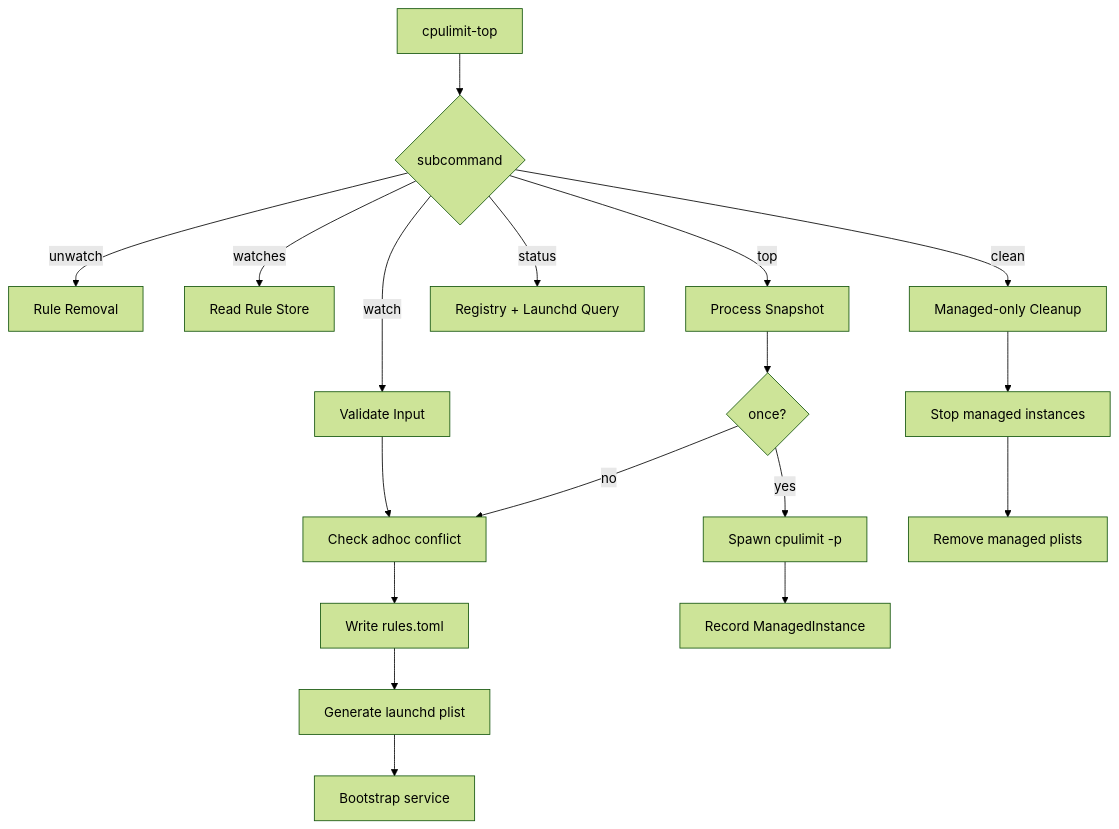
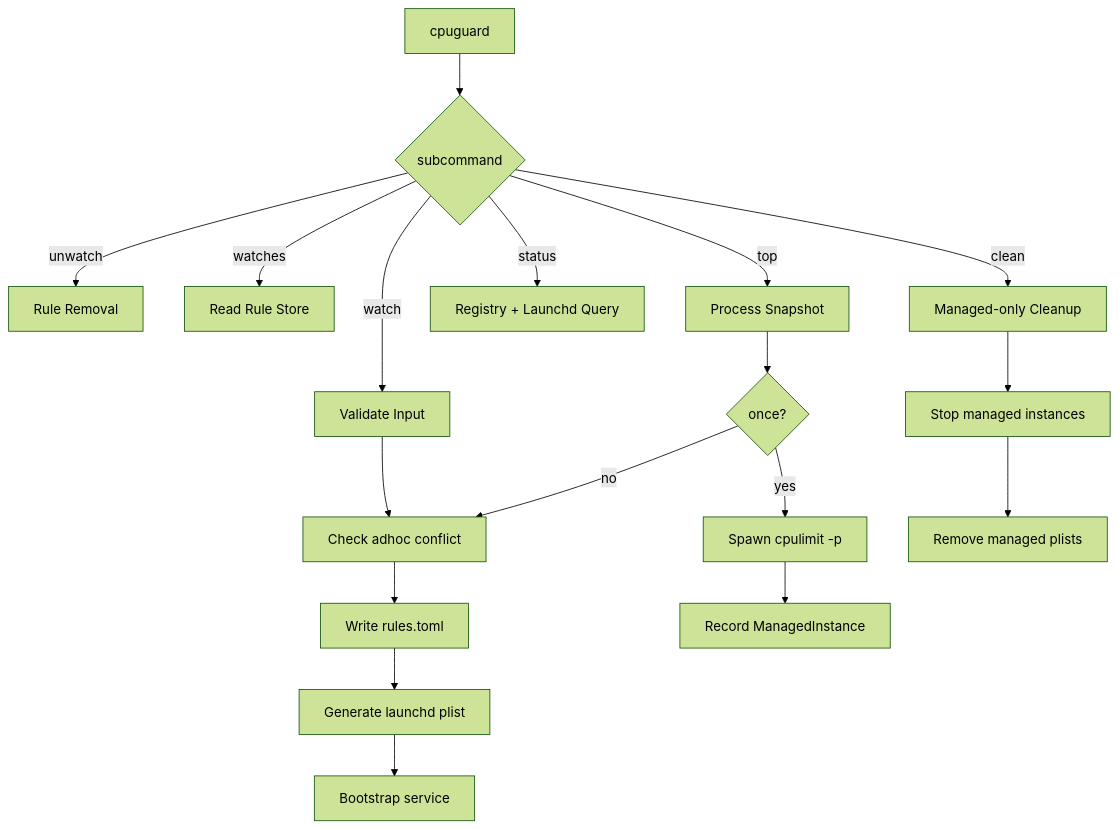
One commit to hxy91819/cpuguard changed the first of 2 diagrams in docs/01-product-behavior.md. Above: the diagram before and after it, drawn with Mermaid (forest theme). The commit also changed 23 other files, not shown here.

````diff
--- a/docs/01-product-behavior.md
+++ b/docs/01-product-behavior.md
@@ -38,21 +38,21 @@
 ```mermaid
 flowchart TD
-    A[cpulimit-top] --> B{subcommand}
+    A[cpuguard] --> B{subcommand}
     B -->|watch| C[Validate Input]
     B -->|unwatch| D[Rule Removal]
     B -->|watches| E[Read Rule Store]
     B -->|top| F[Process Snapshot]
     B -->|status| G[Registry + Launchd Query]
     B -->|clean| H[Managed-only Cleanup]
 
     C --> I[Check adhoc conflict]
     I --> J[Write rules.toml]
     J --> K[Generate launchd plist]
     K --> L[Bootstrap service]
     F --> M{once?}
     M -->|no| I
     M -->|yes| N[Spawn cpulimit -p]
     N --> O[Record ManagedInstance]
     H --> P[Stop managed instances]
     P --> Q[Remove managed plists]
 ```
````
